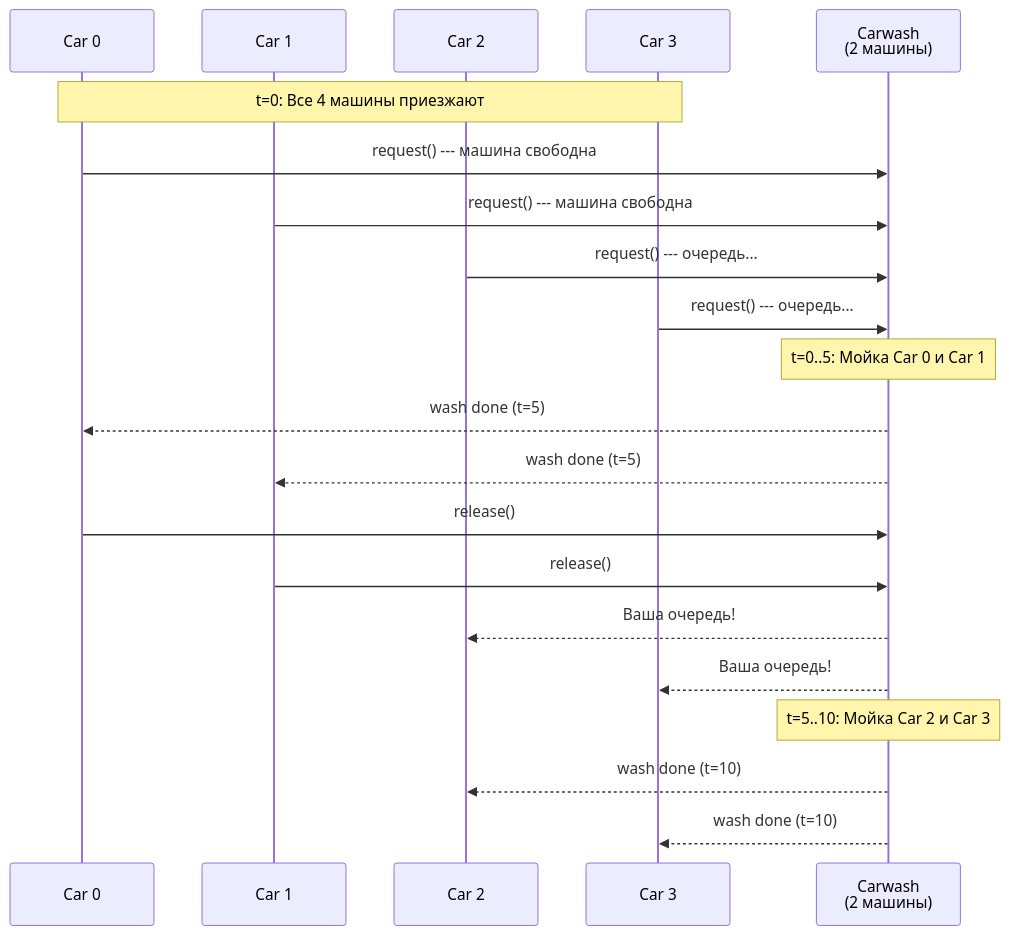
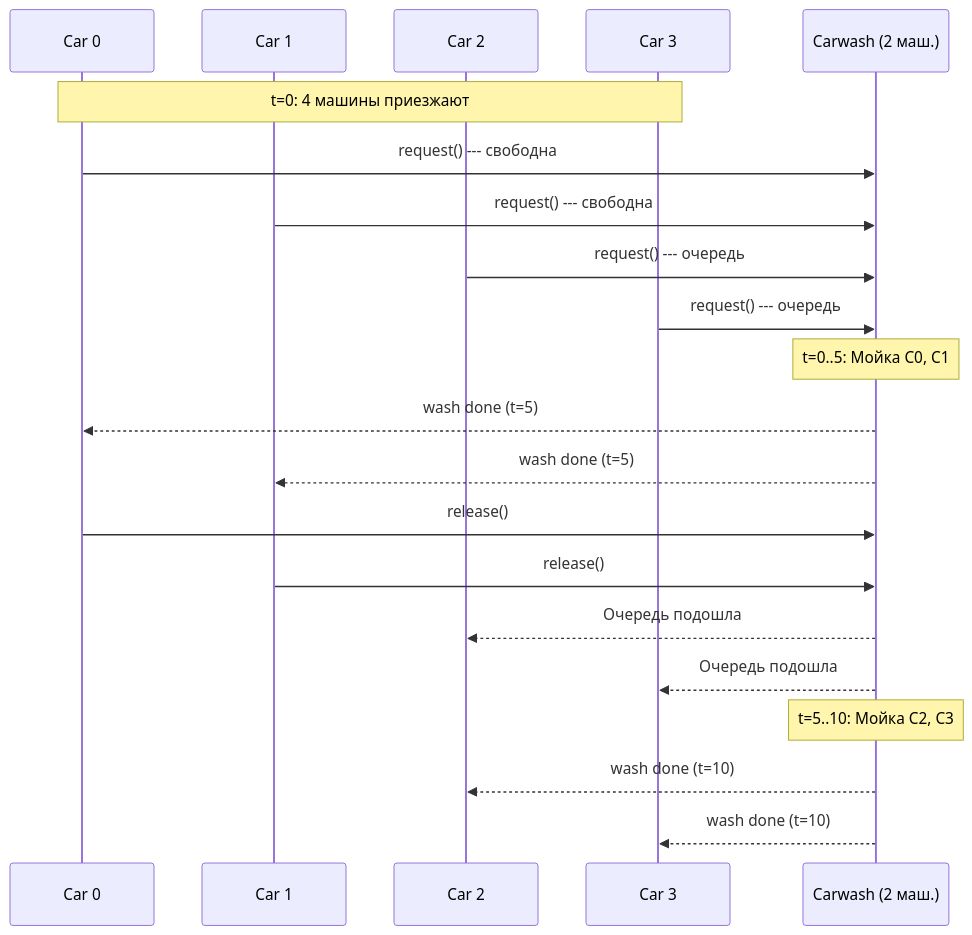
One commit to stareeg/simulation-modeling-notes changed the first of 2 diagrams in docs/10-simpy-practice.md. Above: the diagram before and after it, drawn with Mermaid. The commit also changed other lines of this file and 14 other files, not shown here.

````diff
--- a/docs/10-simpy-practice.md
+++ b/docs/10-simpy-practice.md
@@ -185,30 +180,30 @@
 ```mermaid
 sequenceDiagram
     participant C0 as Car 0
     participant C1 as Car 1
     participant C2 as Car 2
     participant C3 as Car 3
-    participant CW as Carwash<br/>(2 машины)
+    participant CW as Carwash (2 маш.)
 
-    Note over C0,C3: t=0: Все 4 машины приезжают
+    Note over C0,C3: t=0: 4 машины приезжают
 
-    C0->>CW: request() --- машина свободна
-    C1->>CW: request() --- машина свободна
-    C2->>CW: request() --- очередь...
-    C3->>CW: request() --- очередь...
+    C0->>CW: request() --- свободна
+    C1->>CW: request() --- свободна
+    C2->>CW: request() --- очередь
+    C3->>CW: request() --- очередь
 
-    Note over CW: t=0..5: Мойка Car 0 и Car 1
+    Note over CW: t=0..5: Мойка C0, C1
 
     CW-->>C0: wash done (t=5)
     CW-->>C1: wash done (t=5)
     C0->>CW: release()
     C1->>CW: release()
 
-    CW-->>C2: Ваша очередь!
-    CW-->>C3: Ваша очередь!
+    CW-->>C2: Очередь подошла
+    CW-->>C3: Очередь подошла
 
-    Note over CW: t=5..10: Мойка Car 2 и Car 3
+    Note over CW: t=5..10: Мойка C2, C3
 
     CW-->>C2: wash done (t=10)
     CW-->>C3: wash done (t=10)
 ```
````
